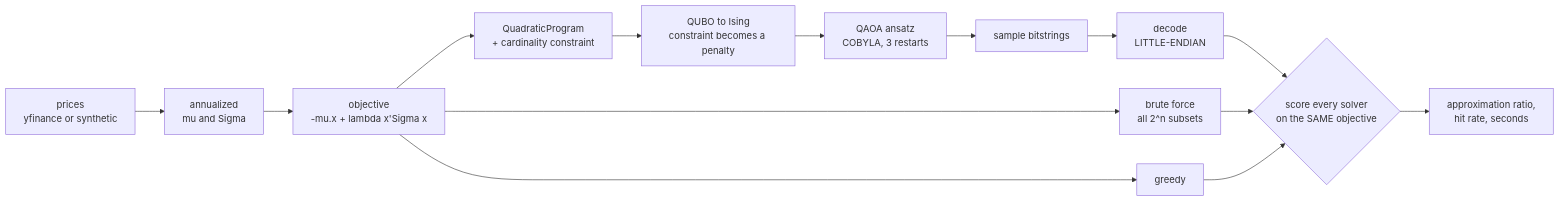
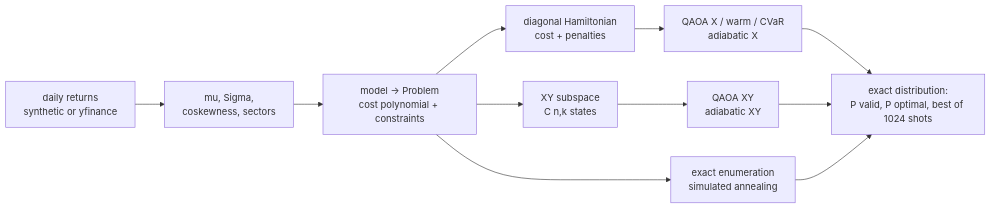
Before and after one commit to vincal848/quantum-portfolio: the diagram in README.md, drawn with Mermaid. The commit also changed other lines of this file and 32 other files, not shown here.

First line of the commit message:
Add seven QUBO/HUBO portfolio models and quantum solver comparison

````diff
--- a/README.md
+++ b/README.md
@@ -78,16 +104,13 @@
 ```mermaid
 flowchart LR
-    D[prices<br/>yfinance or synthetic] --> M[annualized<br/>mu and Sigma]
-    M --> P[objective<br/>-mu.x + lambda x'Sigma x]
-    P --> QP[QuadraticProgram<br/>+ cardinality constraint]
-    QP --> IS[QUBO to Ising<br/>constraint becomes a penalty]
-    IS --> Q[QAOA ansatz<br/>COBYLA, 3 restarts]
-    Q --> S[sample bitstrings]
-    S --> DEC[decode<br/>LITTLE-ENDIAN]
-    P --> BF[brute force<br/>all 2^n subsets]
-    P --> G[greedy]
-    DEC --> C{score every solver<br/>on the SAME objective}
-    BF --> C
-    G --> C
-    C --> R[approximation ratio,<br/>hit rate, seconds]
+    R[daily returns<br/>synthetic or yfinance] --> M[mu, Sigma,<br/>coskewness, sectors]
+    M --> P[model → Problem<br/>cost polynomial + constraints]
+    P --> H[diagonal Hamiltonian<br/>cost + penalties]
+    P --> XY[XY subspace<br/>C n,k states]
+    H --> Q1[QAOA X / warm / CVaR<br/>adiabatic X]
+    XY --> Q2[QAOA XY<br/>adiabatic XY]
+    P --> C[exact enumeration<br/>simulated annealing]
+    Q1 --> S[exact distribution:<br/>P valid, P optimal, best of 1024 shots]
+    Q2 --> S
+    C --> S
 ```
````
